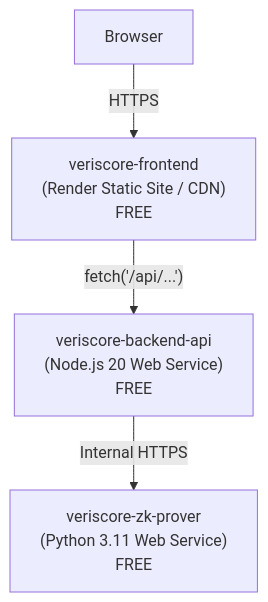
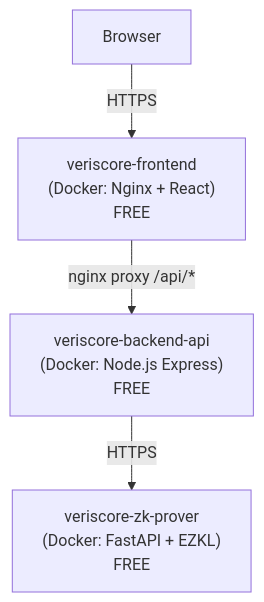
The diagram in docs/render-deployment-guide.md (Hritikadas/veriscore), drawn with Mermaid before and after one commit. The commit also changed other lines of this file and 5 other files, not shown here.

Commit message:
feat(render): free Docker deployment with Render-specific Dockerfiles and nginx envsubst

````diff
--- a/docs/render-deployment-guide.md
+++ b/docs/render-deployment-guide.md
@@ -9,6 +9,6 @@
 ```mermaid
 flowchart TD
-    Client["Browser"] -->|HTTPS| Frontend["veriscore-frontend\n(Render Static Site / CDN)\nFREE"]
-    Frontend -->|"fetch('/api/...')"| Backend["veriscore-backend-api\n(Node.js 20 Web Service)\nFREE"]
-    Backend -->|"Internal HTTPS"| Prover["veriscore-zk-prover\n(Python 3.11 Web Service)\nFREE"]
+    Client["Browser"] -->|HTTPS| Frontend["veriscore-frontend\n(Docker: Nginx + React)\nFREE"]
+    Frontend -->|"nginx proxy /api/*"| Backend["veriscore-backend-api\n(Docker: Node.js Express)\nFREE"]
+    Backend -->|"HTTPS"| Prover["veriscore-zk-prover\n(Docker: FastAPI + EZKL)\nFREE"]
 ```
````
